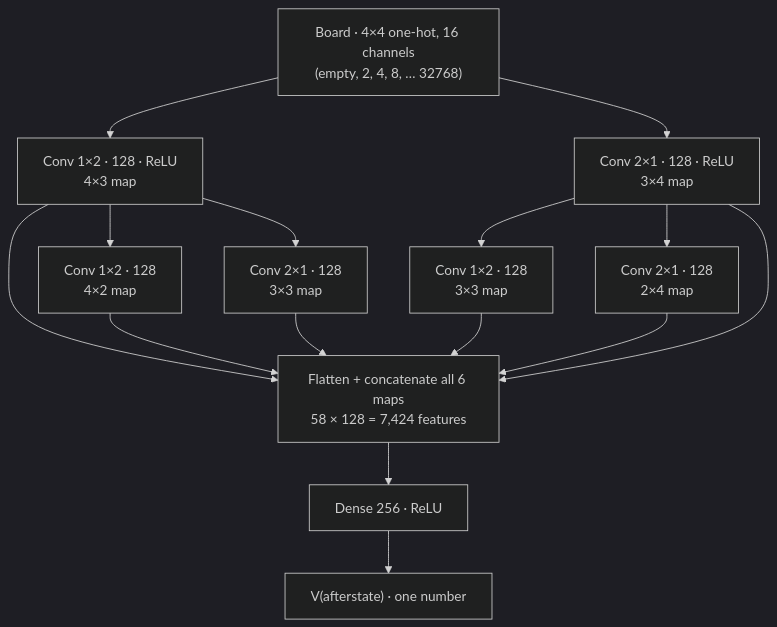
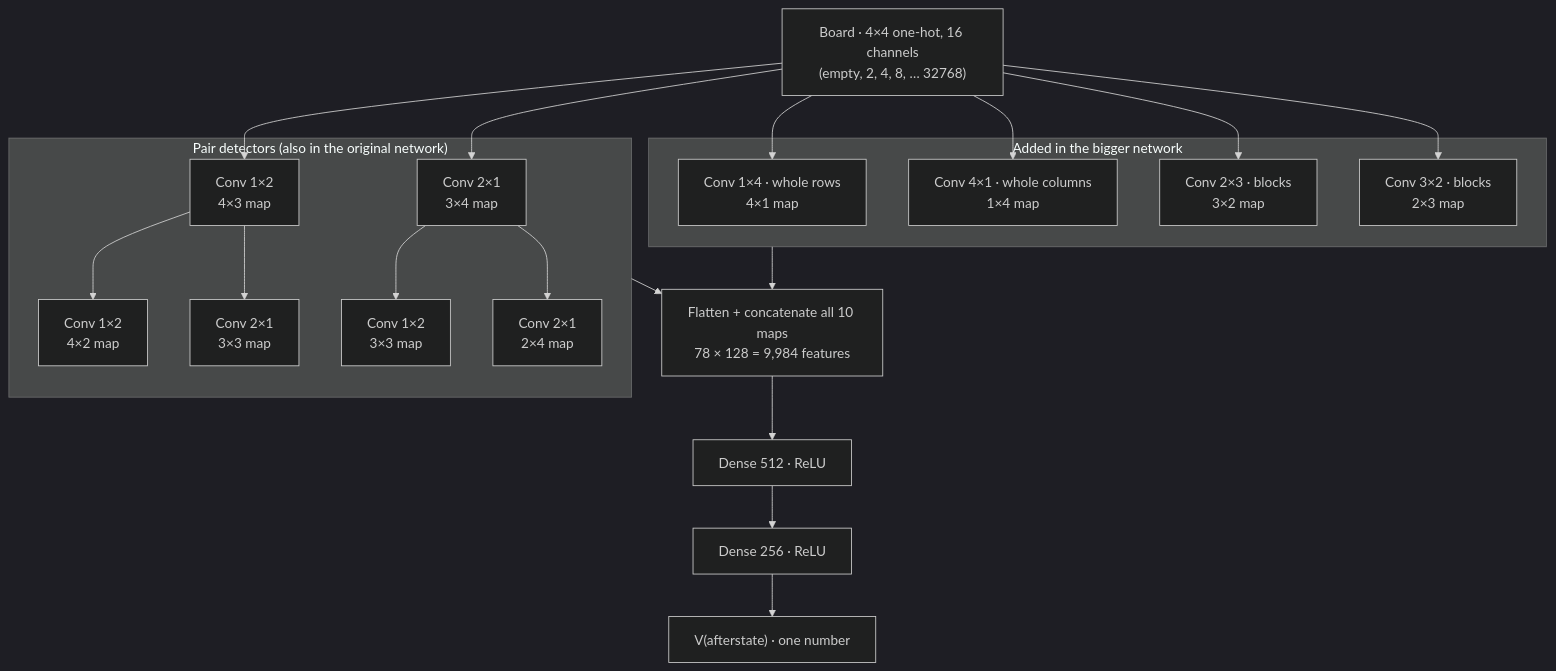
The second of 2 diagrams in README.md (mr-neptune/2048-Auto), drawn with Mermaid (dark theme) before and after one commit. The commit also changed other lines of this file, not shown here.

Commit message:
Update README with the 20K bigger-network results, architecture and charts

````diff
--- a/README.md
+++ b/README.md
@@ -69,13 +94,28 @@
 ```mermaid
 flowchart TD
     IN["Board · 4×4 one-hot, 16 channels<br/>(empty, 2, 4, 8, … 32768)"]
-    IN --> H1["Conv 1×2 · 128 · ReLU<br/>4×3 map"]
-    IN --> V1["Conv 2×1 · 128 · ReLU<br/>3×4 map"]
-    H1 --> H2["Conv 1×2 · 128<br/>4×2 map"]
-    H1 --> X1["Conv 2×1 · 128<br/>3×3 map"]
-    V1 --> X2["Conv 1×2 · 128<br/>3×3 map"]
-    V1 --> V2["Conv 2×1 · 128<br/>2×4 map"]
-    H1 & H2 & X1 & X2 & V2 & V1 --> CAT["Flatten + concatenate all 6 maps<br/>58 × 128 = 7,424 features"]
-    CAT --> FC["Dense 256 · ReLU"]
-    FC --> OUT["V(afterstate) · one number"]
+    subgraph PAIRS["Pair detectors (also in the original network)"]
+        H1["Conv 1×2<br/>4×3 map"]
+        V1["Conv 2×1<br/>3×4 map"]
+        H2["Conv 1×2<br/>4×2 map"]
+        X1["Conv 2×1<br/>3×3 map"]
+        X2["Conv 1×2<br/>3×3 map"]
+        V2["Conv 2×1<br/>2×4 map"]
+        H1 --> H2
+        H1 --> X1
+        V1 --> X2
+        V1 --> V2
+    end
+    subgraph WIDE["Added in the bigger network"]
+        R["Conv 1×4 · whole rows<br/>4×1 map"]
+        C["Conv 4×1 · whole columns<br/>1×4 map"]
+        B1["Conv 2×3 · blocks<br/>3×2 map"]
+        B2["Conv 3×2 · blocks<br/>2×3 map"]
+    end
+    IN --> H1 & V1
+    IN --> R & C & B1 & B2
+    PAIRS & WIDE --> CAT["Flatten + concatenate all 10 maps<br/>78 × 128 = 9,984 features"]
+    CAT --> D1["Dense 512 · ReLU"]
+    D1 --> D2["Dense 256 · ReLU"]
+    D2 --> OUT["V(afterstate) · one number"]
 ```
````
